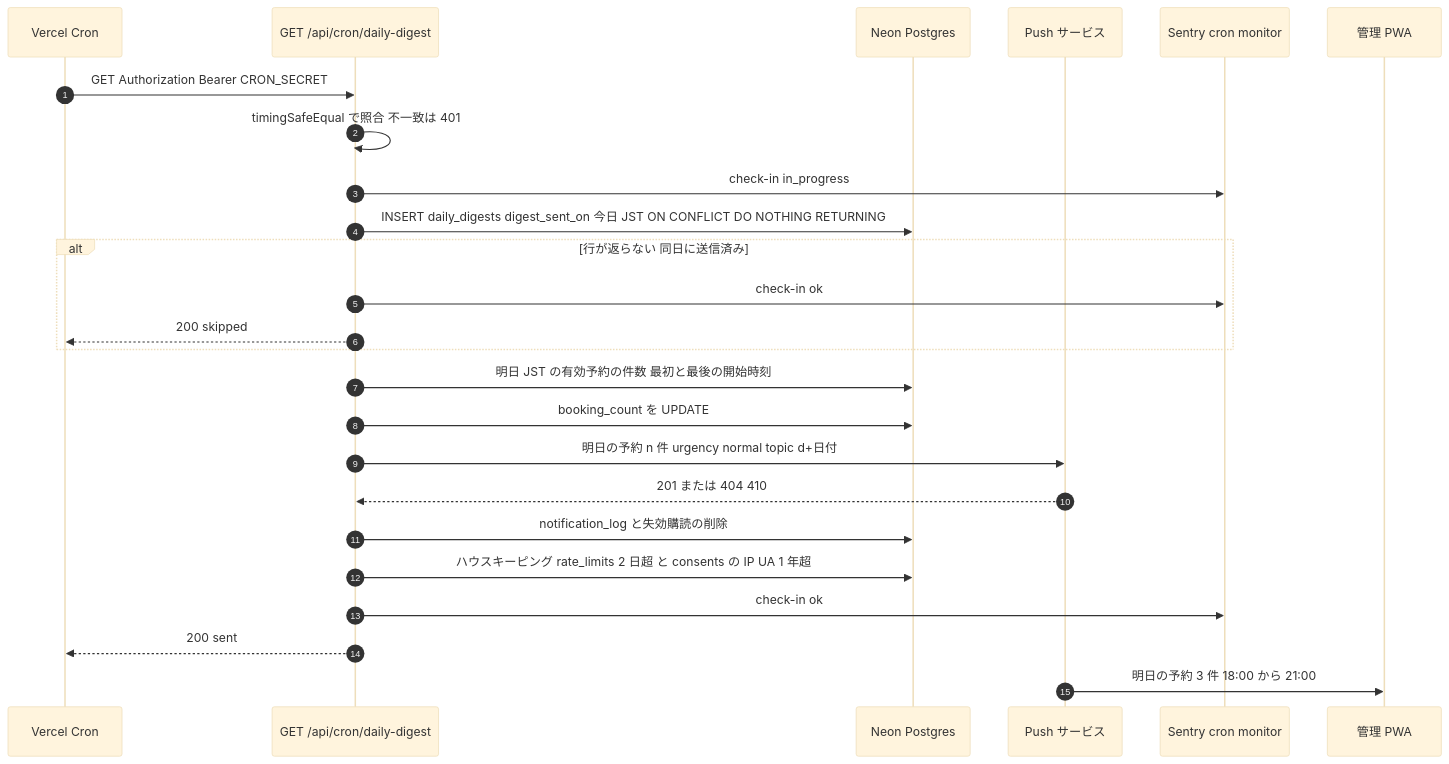
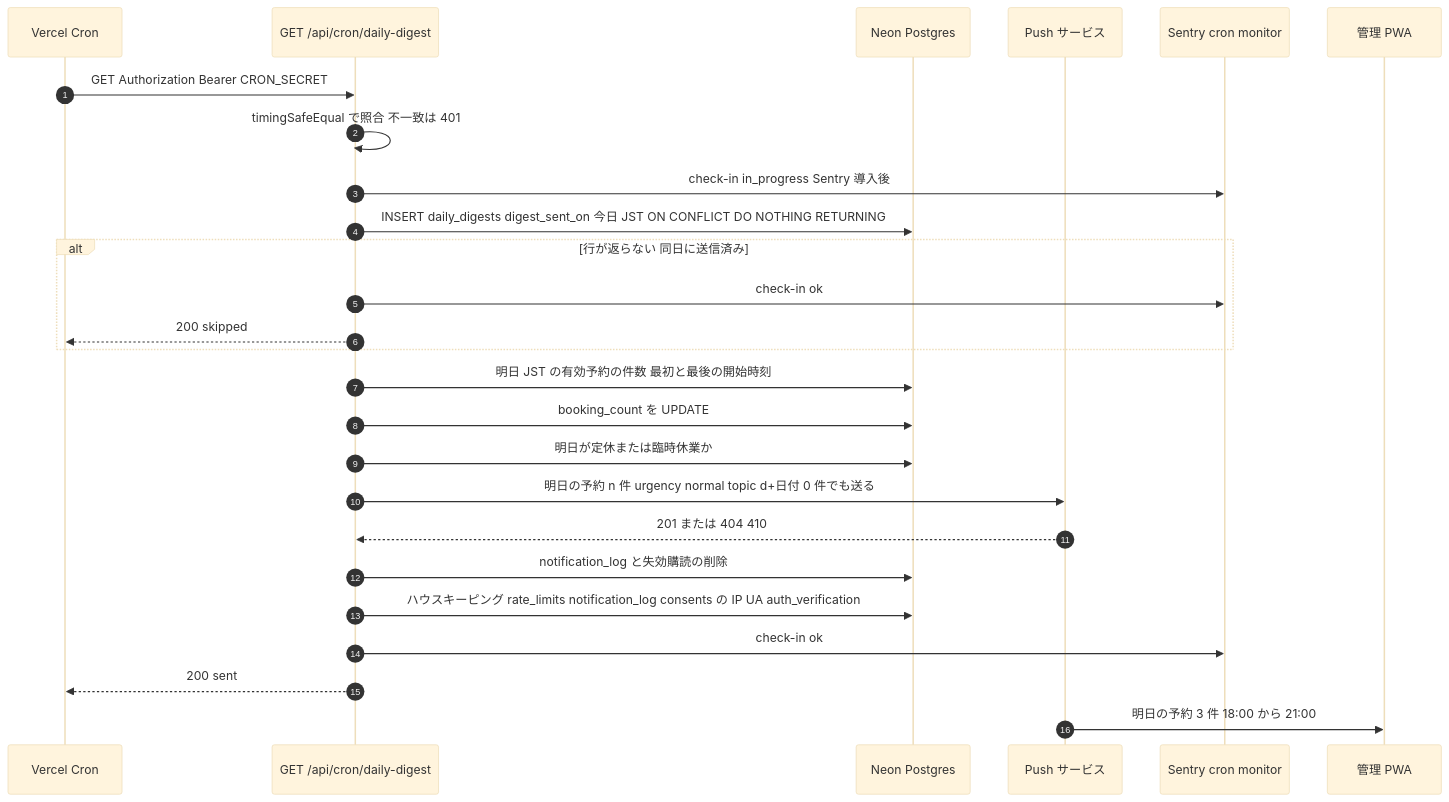
One commit to kaz-ma/barber-booking changed the fifth of 6 diagrams in docs/03_design/05_state_and_flows.md. Above: the diagram before and after it, drawn with Mermaid (base theme). The commit also changed other lines of this file and 3 other files, not shown here.

````diff
--- a/docs/03_design/05_state_and_flows.md
+++ b/docs/03_design/05_state_and_flows.md
@@ -239,27 +258,28 @@
 ```mermaid
 sequenceDiagram
   autonumber
   participant VC as Vercel Cron
   participant RH as GET /api/cron/daily-digest
   participant DB as Neon Postgres
   participant PS as Push サービス
   participant SE as Sentry cron monitor
   participant A as 管理 PWA
   VC->>RH: GET Authorization Bearer CRON_SECRET
   RH->>RH: timingSafeEqual で照合 不一致は 401
-  RH->>SE: check-in in_progress
+  RH->>SE: check-in in_progress Sentry 導入後
   RH->>DB: INSERT daily_digests digest_sent_on 今日 JST ON CONFLICT DO NOTHING RETURNING
   alt 行が返らない 同日に送信済み
     RH->>SE: check-in ok
     RH-->>VC: 200 skipped
   end
   RH->>DB: 明日 JST の有効予約の件数 最初と最後の開始時刻
   RH->>DB: booking_count を UPDATE
-  RH->>PS: 明日の予約 n 件 urgency normal topic d+日付
+  RH->>DB: 明日が定休または臨時休業か
+  RH->>PS: 明日の予約 n 件 urgency normal topic d+日付 0 件でも送る
   PS-->>RH: 201 または 404 410
   RH->>DB: notification_log と失効購読の削除
-  RH->>DB: ハウスキーピング rate_limits 2 日超 と consents の IP UA 1 年超
+  RH->>DB: ハウスキーピング rate_limits notification_log consents の IP UA auth_verification
   RH->>SE: check-in ok
   RH-->>VC: 200 sent
   PS->>A: 明日の予約 3 件 18:00 から 21:00
 ```
````
